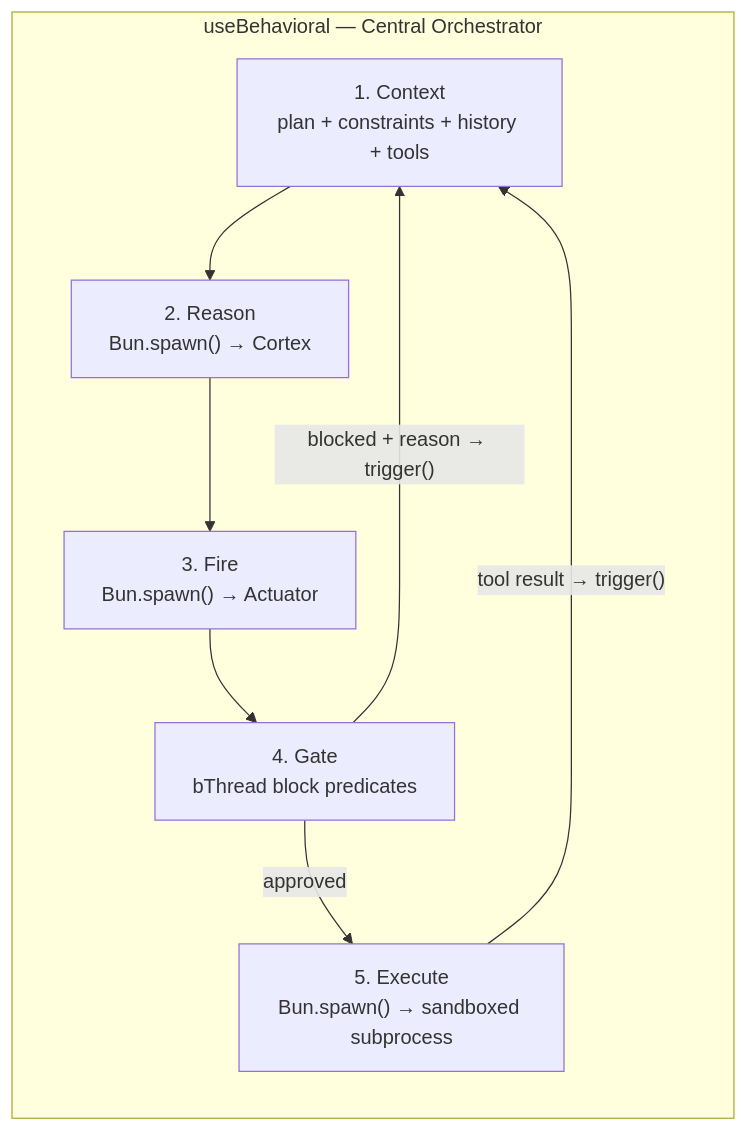
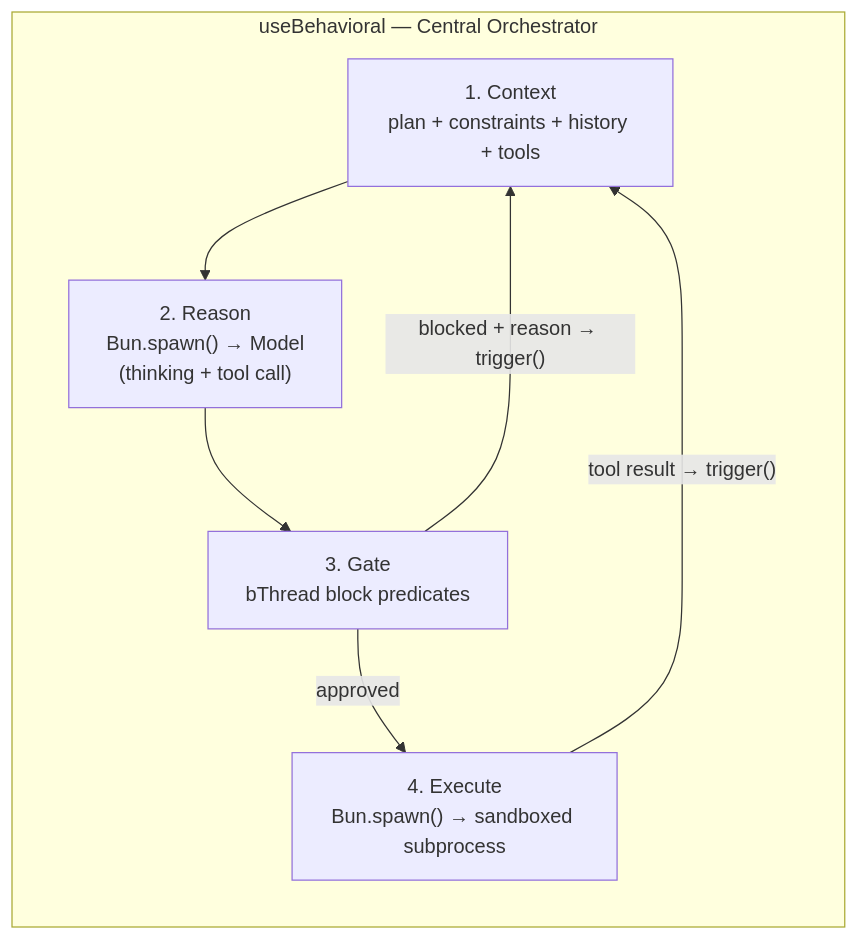
Before and after one commit to plaited/plaited: the first of 3 diagrams in docs/SYSTEM-DESIGN-V3.md, drawn with Mermaid. The commit also changed other lines of this file, not shown here.

First line of the commit message:
docs(agent): drop Actuator, simplify to single-model neuro-symbolic architecture

````diff
--- a/docs/SYSTEM-DESIGN-V3.md
+++ b/docs/SYSTEM-DESIGN-V3.md
@@ -65,19 +66,17 @@
 ```mermaid
 graph LR
     subgraph BP["useBehavioral — Central Orchestrator"]
         CTX["1. Context<br/>plan + constraints + history + tools"]
-        REASON["2. Reason<br/>Bun.spawn() → Cortex"]
-        FIRE["3. Fire<br/>Bun.spawn() → Actuator"]
-        GATE["4. Gate<br/>bThread block predicates"]
-        EXEC["5. Execute<br/>Bun.spawn() → sandboxed subprocess"]
+        REASON["2. Reason<br/>Bun.spawn() → Model<br/>(thinking + tool call)"]
+        GATE["3. Gate<br/>bThread block predicates"]
+        EXEC["4. Execute<br/>Bun.spawn() → sandboxed subprocess"]
     end
 
     CTX --> REASON
-    REASON --> FIRE
-    FIRE --> GATE
+    REASON --> GATE
 
     GATE -- "approved" --> EXEC
     EXEC -- "tool result → trigger()" --> CTX
 
     GATE -- "blocked + reason → trigger()" --> CTX
 ```
````
